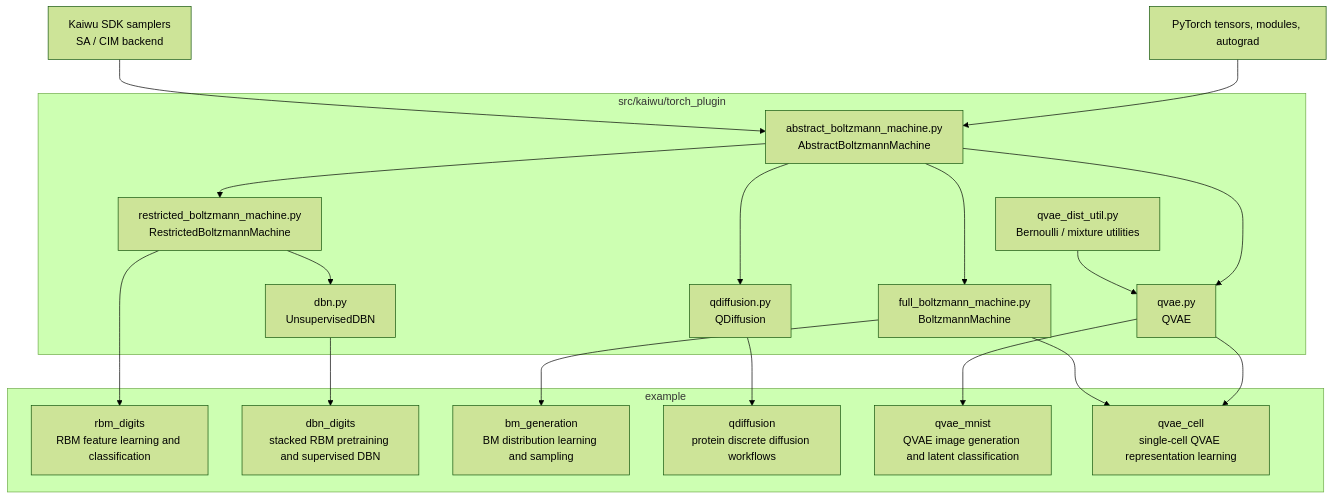
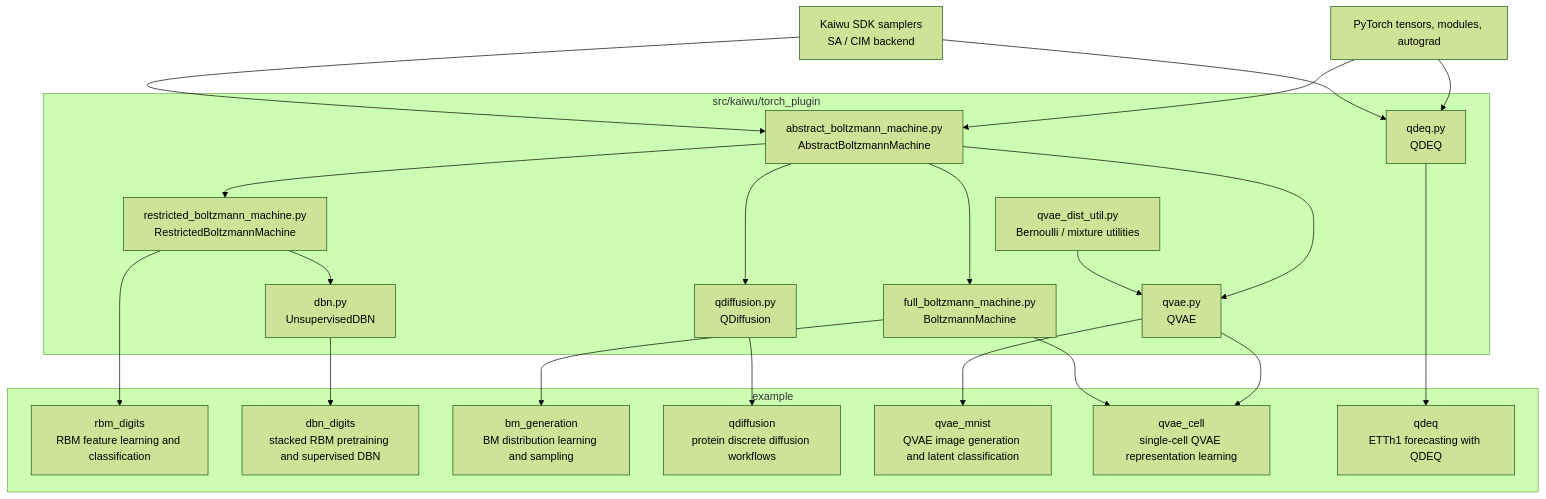
The diagram in README.md (qboson/kaiwu-pytorch-plugin), drawn with Mermaid (forest theme) before and after one commit. The commit also changed other lines of this file and 2 other files, not shown here.

First line of the commit message:
docs: add QDEQ to the project structure diagrams and module lists

````diff
--- a/README.md
+++ b/README.md
@@ -15,41 +15,46 @@
 ```mermaid
 flowchart TD
     torch[PyTorch tensors, modules, autograd]
     kaiwu[Kaiwu SDK samplers<br/>SA / CIM backend]
 
     subgraph plugin["src/kaiwu/torch_plugin"]
         abm["abstract_boltzmann_machine.py<br/>AbstractBoltzmannMachine"]
         bm["full_boltzmann_machine.py<br/>BoltzmannMachine"]
         rbm["restricted_boltzmann_machine.py<br/>RestrictedBoltzmannMachine"]
         qvae["qvae.py<br/>QVAE"]
         qdiff["qdiffusion.py<br/>QDiffusion"]
         dist["qvae_dist_util.py<br/>Bernoulli / mixture utilities"]
         dbn["dbn.py<br/>UnsupervisedDBN"]
+        qdeq["qdeq.py<br/>QDEQ"]
     end
 
     torch --> abm
     kaiwu --> abm
+    torch --> qdeq
+    kaiwu --> qdeq
     abm --> bm
     abm --> rbm
     abm --> qvae
     abm --> qdiff
     dist --> qvae
     rbm --> dbn
 
     subgraph examples["example"]
         rbm_digits["rbm_digits<br/>RBM feature learning and classification"]
         dbn_digits["dbn_digits<br/>stacked RBM pretraining and supervised DBN"]
         bm_generation["bm_generation<br/>BM distribution learning and sampling"]
         qdiffusion["qdiffusion<br/>protein discrete diffusion workflows"]
         qvae_mnist["qvae_mnist<br/>QVAE image generation and latent classification"]
         qvae_cell["qvae_cell<br/>single-cell QVAE representation learning"]
+        qdeq_example["qdeq<br/>ETTh1 forecasting with QDEQ"]
     end
 
     rbm --> rbm_digits
     dbn --> dbn_digits
     bm --> bm_generation
     qdiff --> qdiffusion
     qvae --> qvae_mnist
     qvae --> qvae_cell
     bm --> qvae_cell
+    qdeq --> qdeq_example
 ```
````
